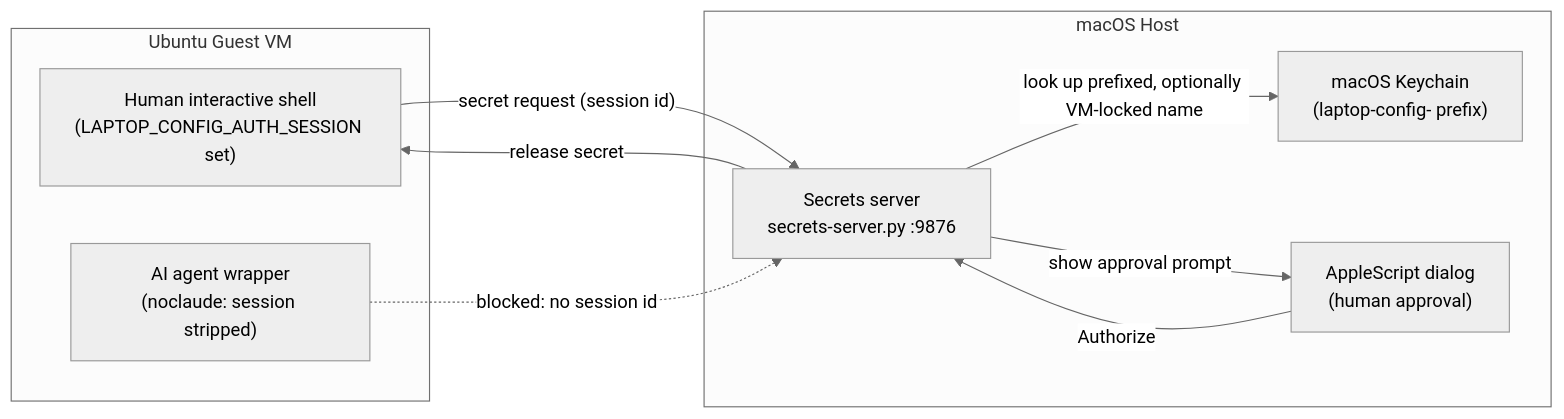
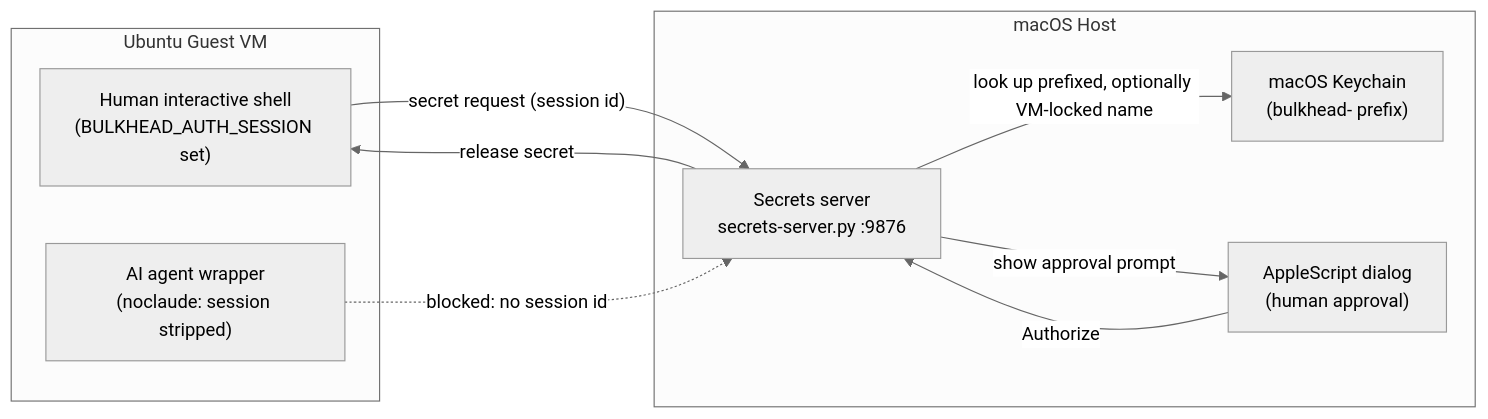
Before and after one commit to david-a-wheeler/laptop-config: the diagram in architecture.md, drawn with Mermaid (neutral theme). The commit also changed other lines of this file and 12 other files, not shown here.

First line of the commit message:
Rename laptop-config to bulkhead throughout

````diff
--- a/architecture.md
+++ b/architecture.md
@@ -35,20 +35,20 @@
 ```mermaid
 flowchart LR
     subgraph VM["Ubuntu Guest VM"]
-        Human["Human interactive shell<br/>(LAPTOP_CONFIG_AUTH_SESSION set)"]
+        Human["Human interactive shell<br/>(BULKHEAD_AUTH_SESSION set)"]
         Agent["AI agent wrapper<br/>(noclaude: session stripped)"]
     end
 
     subgraph Host["macOS Host"]
         Server["Secrets server<br/>secrets-server.py :9876"]
         Dialog["AppleScript dialog<br/>(human approval)"]
-        Keychain["macOS Keychain<br/>(laptop-config- prefix)"]
+        Keychain["macOS Keychain<br/>(bulkhead- prefix)"]
     end
 
     Human -- "secret request (session id)" --> Server
     Agent -. "blocked: no session id" .-> Server
     Server -- "look up prefixed, optionally VM-locked name" --> Keychain
     Server -- "show approval prompt" --> Dialog
     Dialog -- "Authorize" --> Server
     Server -- "release secret" --> Human
 ```
````
